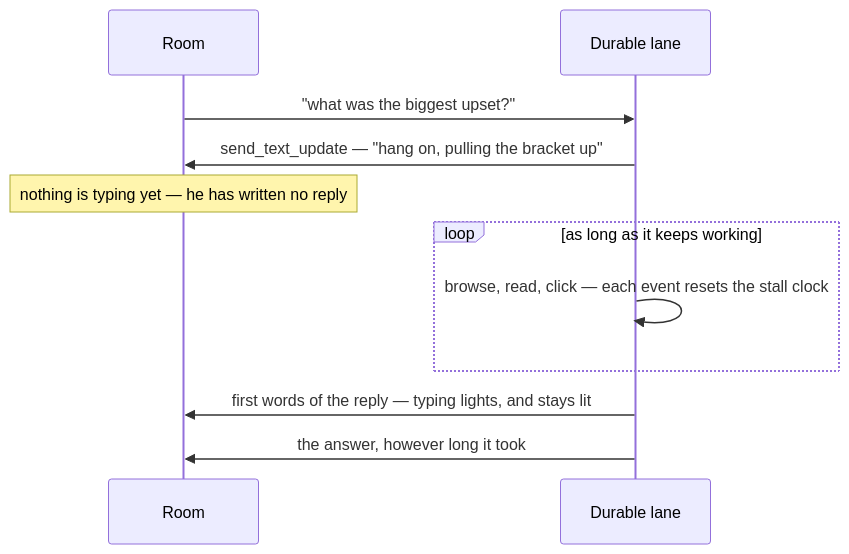
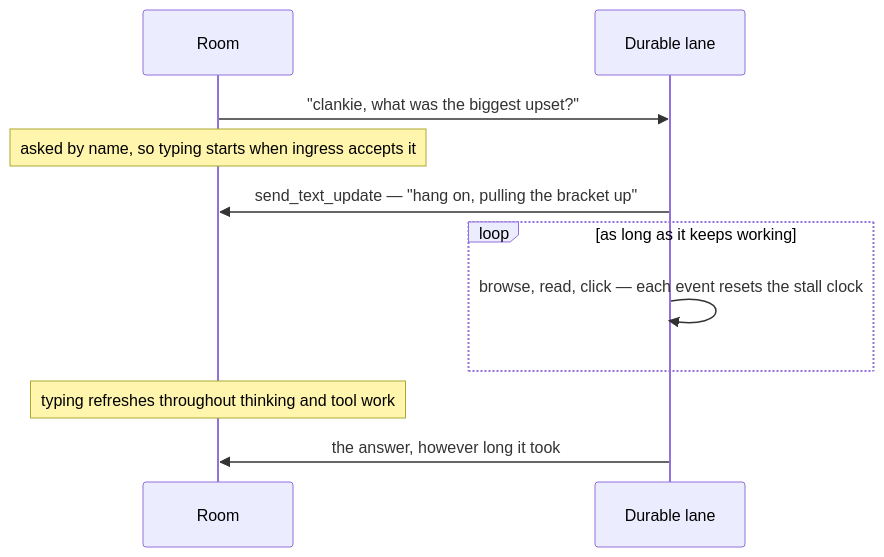
The second of 2 diagrams in docs/adr/0118-a-text-room-is-a-durable-lane.md (Volpestyle/clankie), drawn with Mermaid before and after one commit. The commit also changed other lines of this file and 3 other files, not shown here.

First line of the commit message:
Show Discord typing early only when he is asked

````diff
--- a/docs/adr/0118-a-text-room-is-a-durable-lane.md
+++ b/docs/adr/0118-a-text-room-is-a-durable-lane.md
@@ -160,13 +161,13 @@
 ```mermaid
 sequenceDiagram
     participant R as Room
     participant L as Durable lane
-    R->>L: "what was the biggest upset?"
+    R->>L: "clankie, what was the biggest upset?"
+    Note over R: asked by name, so typing starts when ingress accepts it
     L->>R: send_text_update — "hang on, pulling the bracket up"
-    Note over R: nothing is typing yet — he has written no reply
     loop as long as it keeps working
         L->>L: browse, read, click — each event resets the stall clock
     end
-    L->>R: first words of the reply — typing lights, and stays lit
+    Note over R: typing refreshes throughout thinking and tool work
     L->>R: the answer, however long it took
 ```
````
